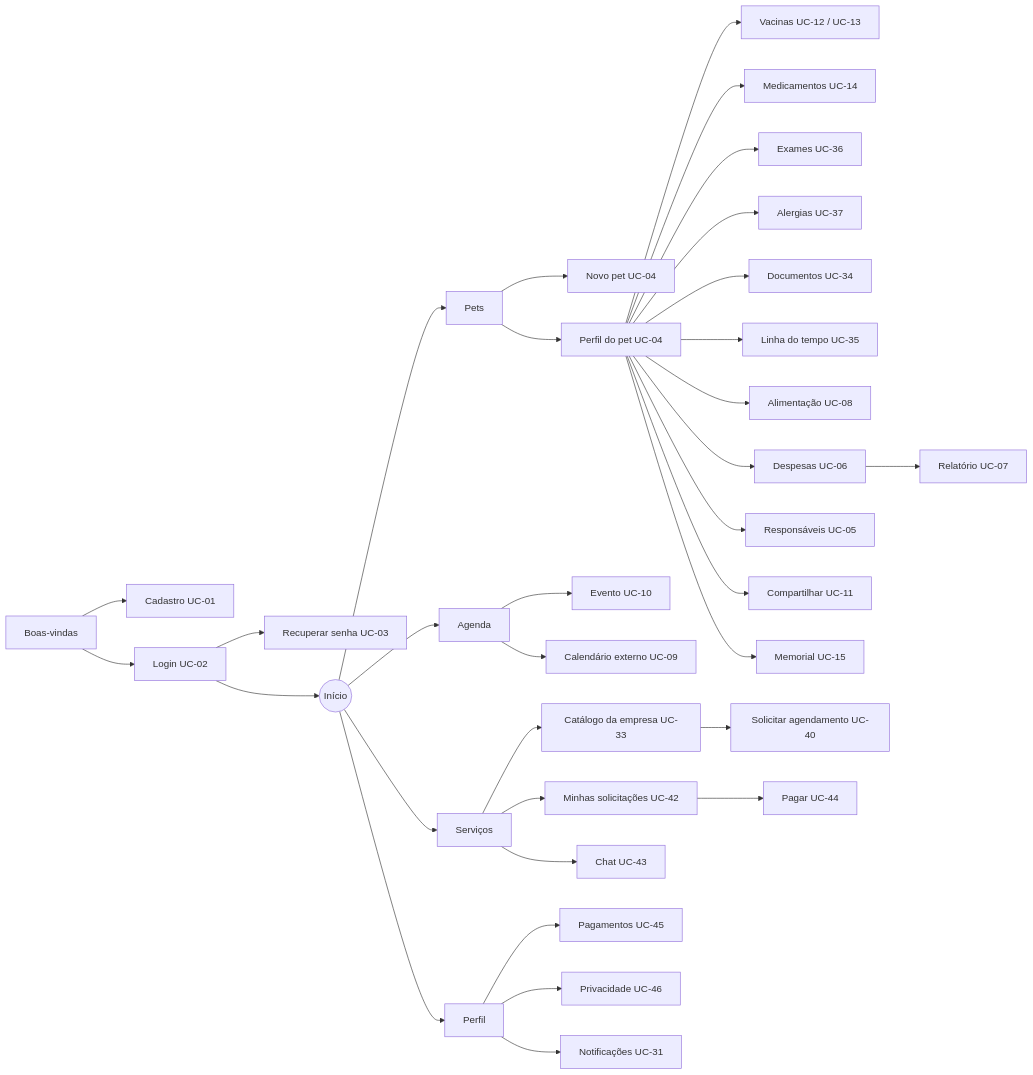
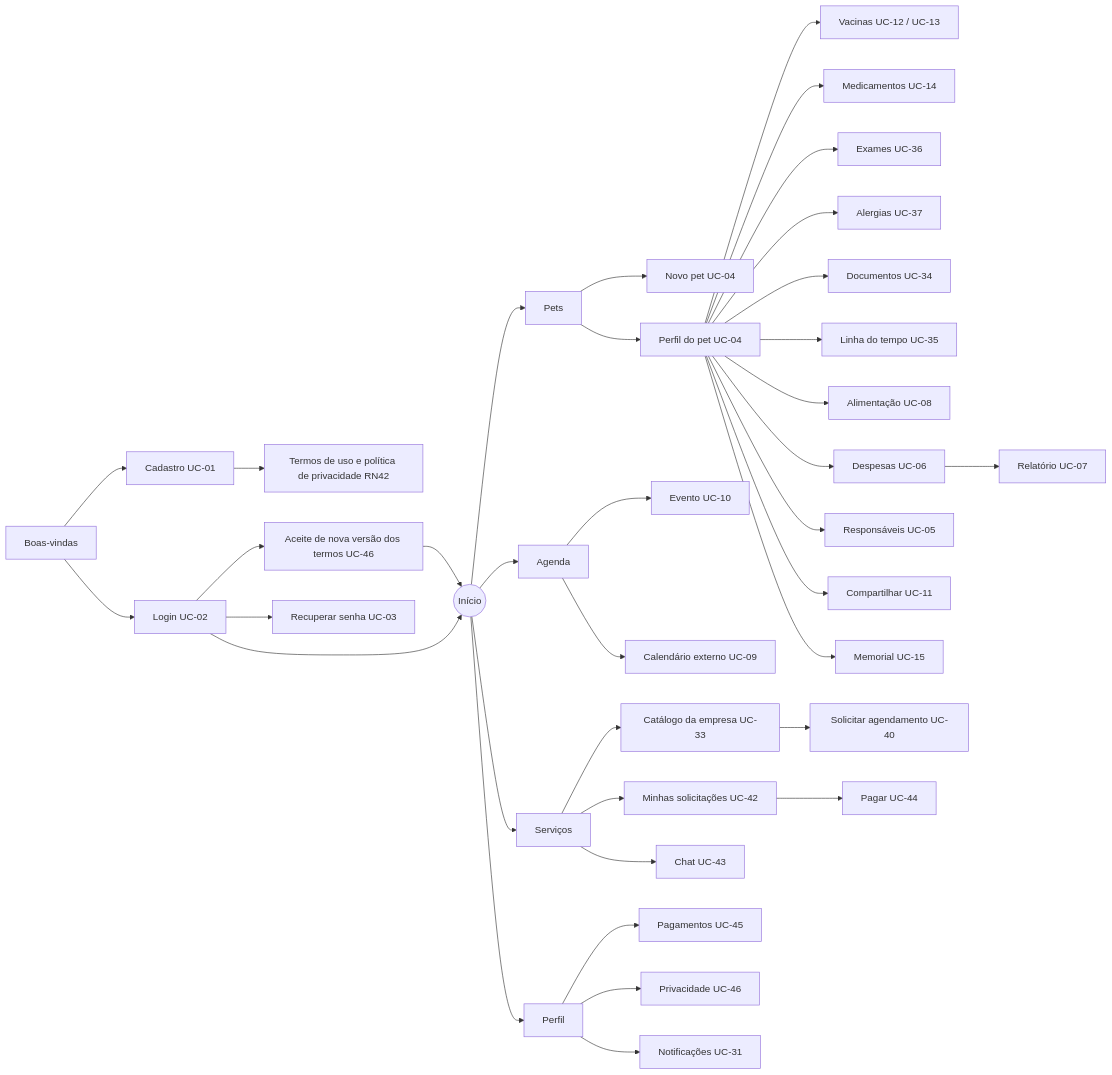
One commit to JaguaraPet/Jaguara_doc changed the first of 4 diagrams in docs/05-ux/UX-01-mapa-de-navegacao.md. Above: the diagram before and after it, drawn with Mermaid. The commit also changed other lines of this file and 29 other files, not shown here.

First line of the commit message:
docs: adiciona termos, politica de privacidade e consentimento do cliente (#4)

````diff
--- a/docs/05-ux/UX-01-mapa-de-navegacao.md
+++ b/docs/05-ux/UX-01-mapa-de-navegacao.md
@@ -33,35 +34,38 @@
 ```mermaid
 flowchart LR
   A[Boas-vindas] --> B[Cadastro UC-01]
+  B --> BT[Termos de uso e política de privacidade RN42]
+  C --> NT[Aceite de nova versão dos termos UC-46]
+  NT --> H
   A --> C[Login UC-02]
   C --> C1[Recuperar senha UC-03]
   C --> H((Início))
   H --> P[Pets]
   H --> AG[Agenda]
   H --> S[Serviços]
   H --> PF[Perfil]
   P --> P1[Novo pet UC-04]
   P --> P2[Perfil do pet UC-04]
   P2 --> V[Vacinas UC-12 / UC-13]
   P2 --> M[Medicamentos UC-14]
   P2 --> EX[Exames UC-36]
   P2 --> AL[Alergias UC-37]
   P2 --> DOC[Documentos UC-34]
   P2 --> LT[Linha do tempo UC-35]
   P2 --> ALI[Alimentação UC-08]
   P2 --> DESP[Despesas UC-06]
   DESP --> REL[Relatório UC-07]
   P2 --> RESP[Responsáveis UC-05]
   P2 --> COMP[Compartilhar UC-11]
   P2 --> MEM[Memorial UC-15]
   AG --> EV[Evento UC-10]
   AG --> CAL[Calendário externo UC-09]
   S --> CAT[Catálogo da empresa UC-33]
   CAT --> SOL[Solicitar agendamento UC-40]
   S --> MS[Minhas solicitações UC-42]
   MS --> PAG[Pagar UC-44]
   S --> CH[Chat UC-43]
   PF --> PG[Pagamentos UC-45]
   PF --> PRIV[Privacidade UC-46]
   PF --> NOT[Notificações UC-31]
 ```
````
